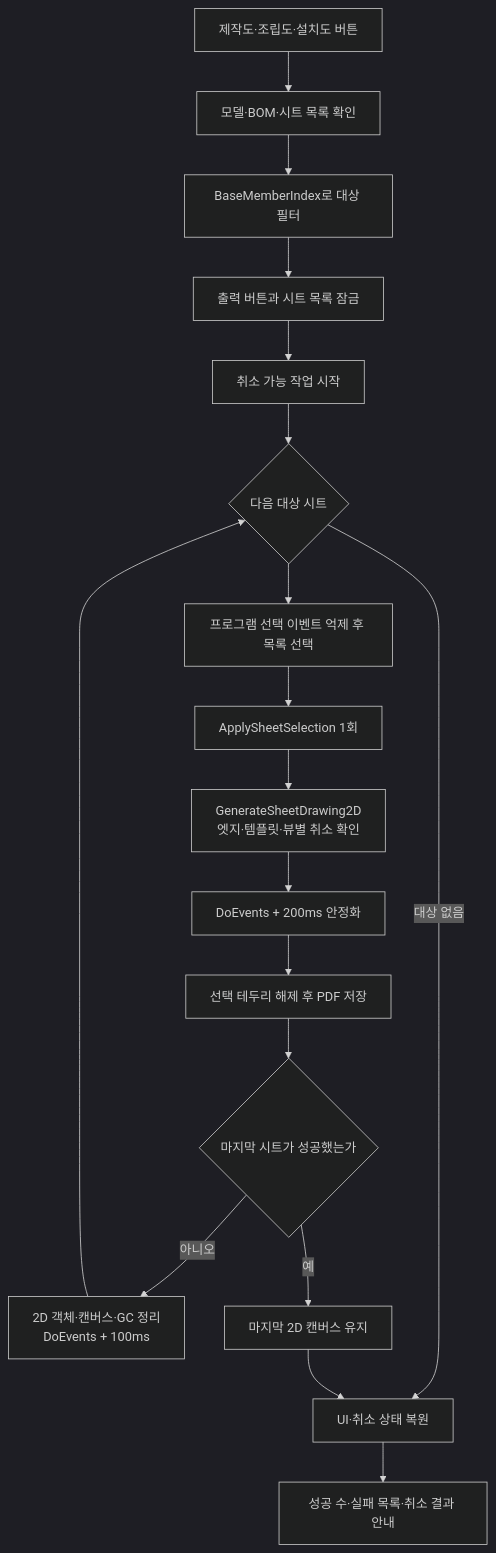
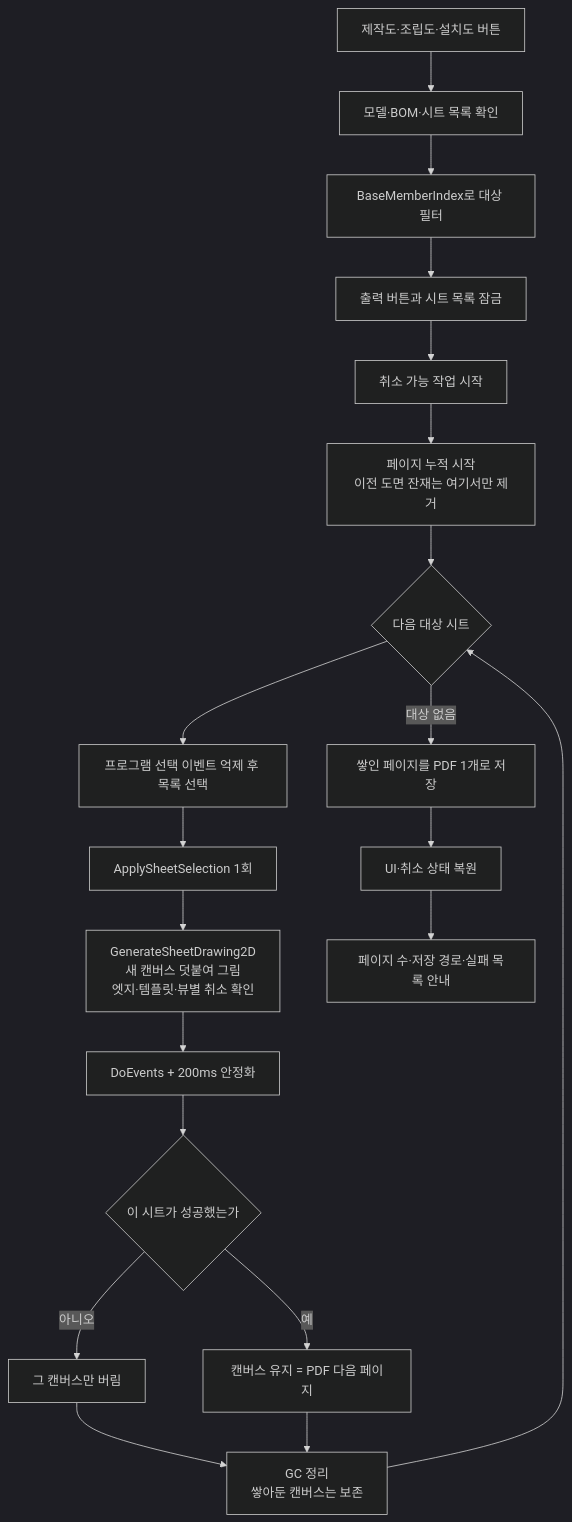
The diagram in docs/기능/도면시트/도면 종류별 출력.md (uuuuj/a2z), drawn with Mermaid (dark theme) before and after one commit. The commit also changed other lines of this file and 12 other files, not shown here.

````diff
--- a/docs/기능/도면시트/도면 종류별 출력.md
+++ b/docs/기능/도면시트/도면 종류별 출력.md
@@ -40,20 +42,22 @@
 ```mermaid
 flowchart TD
     A[제작도·조립도·설치도 버튼] --> B[모델·BOM·시트 목록 확인]
     B --> C[BaseMemberIndex로 대상 필터]
     C --> D[출력 버튼과 시트 목록 잠금]
     D --> E[취소 가능 작업 시작]
-    E --> F{다음 대상 시트}
+    E --> E2[페이지 누적 시작<br/>이전 도면 잔재는 여기서만 제거]
+    E2 --> F{다음 대상 시트}
     F --> G[프로그램 선택 이벤트 억제 후 목록 선택]
     G --> H[ApplySheetSelection 1회]
-    H --> I[GenerateSheetDrawing2D<br/>엣지·템플릿·뷰별 취소 확인]
+    H --> I[GenerateSheetDrawing2D<br/>새 캔버스 덧붙여 그림<br/>엣지·템플릿·뷰별 취소 확인]
     I --> J[DoEvents + 200ms 안정화]
-    J --> K[선택 테두리 해제 후 PDF 저장]
-    K --> L{마지막 시트가 성공했는가}
-    L -- 아니오 --> M[2D 객체·캔버스·GC 정리<br/>DoEvents + 100ms]
-    M --> F
-    L -- 예 --> N[마지막 2D 캔버스 유지]
-    F -- 대상 없음 --> O[UI·취소 상태 복원]
-    N --> O
-    O --> P[성공 수·실패 목록·취소 결과 안내]
+    J --> L{이 시트가 성공했는가}
+    L -- 아니오 --> M[그 캔버스만 버림]
+    L -- 예 --> N[캔버스 유지 = PDF 다음 페이지]
+    M --> M2[GC 정리<br/>쌓아둔 캔버스는 보존]
+    N --> M2
+    M2 --> F
+    F -- 대상 없음 --> S[쌓인 페이지를 PDF 1개로 저장]
+    S --> O[UI·취소 상태 복원]
+    O --> P[페이지 수·저장 경로·실패 목록 안내]
 ```
````
